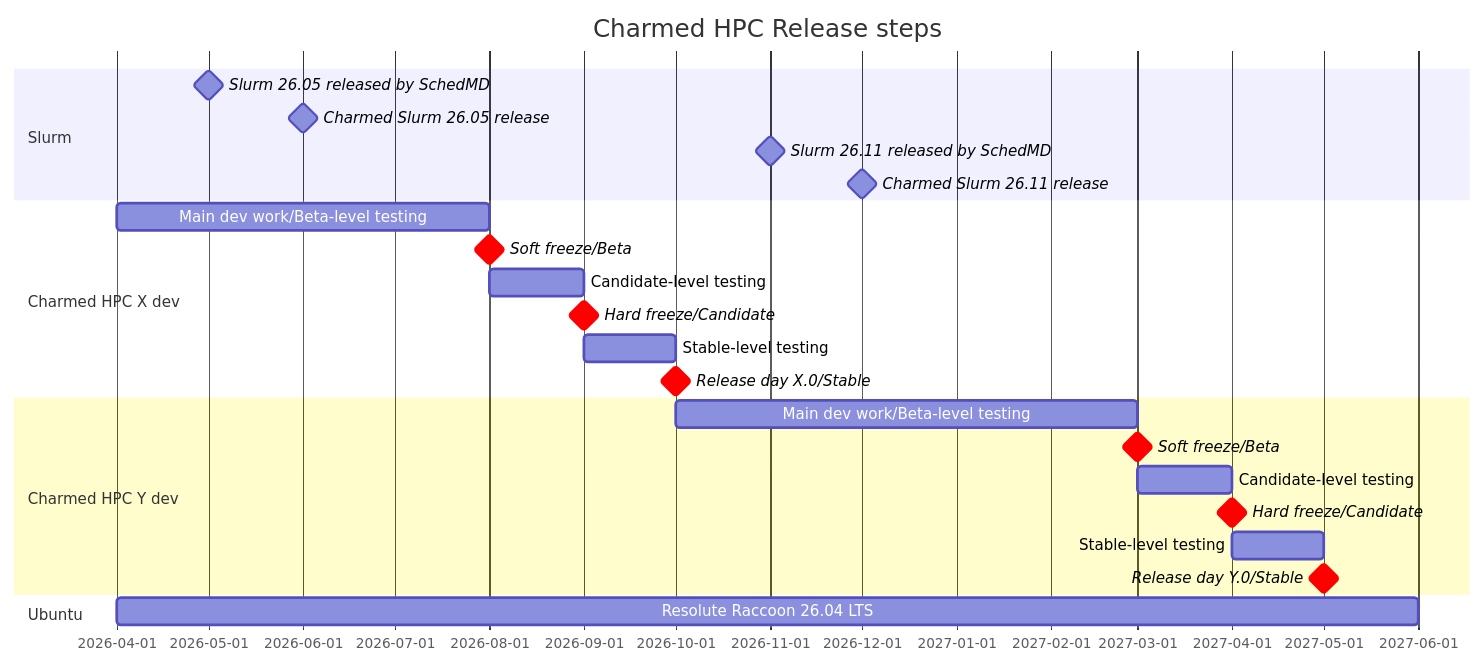
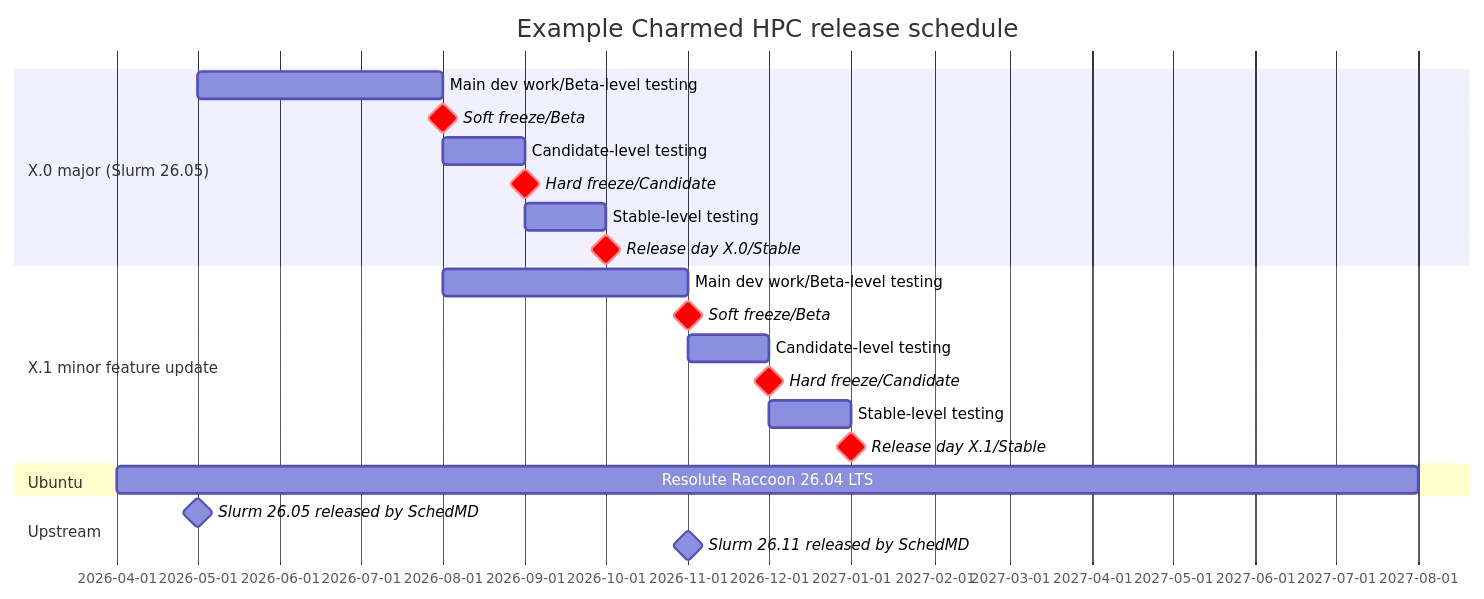
Before and after one commit to AshleyCliff/specs: the diagram in specs/UHPC 012 - Charmed HPC release policy and notes/uhpc-012.md, drawn with Mermaid. The commit also changed other lines of this file and 1 other file, not shown here.

First line of the commit message:
feat(uhpc012): rework release schedule and compatibility scope

````diff
--- a/specs/UHPC 012 - Charmed HPC release policy and notes/uhpc-012.md
+++ b/specs/UHPC 012 - Charmed HPC release policy and notes/uhpc-012.md
@@ -153,28 +132,26 @@
 ```mermaid
-%%{init: {'themeVariables': {'critBorderColor': '#ff0000', 'critBkgColor': '#ff0000'}}}%%
 gantt
-  title Charmed HPC Release steps
+  title Example Charmed HPC release schedule
   dateFormat YYYY-MM
   todayMarker off
-  section Slurm
-        Slurm 26.05 released by SchedMD                         :milestone, a1, 2026-05, 0d
-        Charmed Slurm 26.05 release                             :milestone, 2026-06, 0d
-        Slurm 26.11 released by SchedMD                         :milestone, a2, 2026-11, 0d
-        Charmed Slurm 26.11 release                             :milestone, 2026-12, 0d
-  section Charmed HPC X dev
-        Main dev work/Beta-level testing                        :f1, 2026-04, 2026-08
-        Soft freeze/Beta                                        :crit, milestone, v1, 2026-08, 0d
-        Candidate-level testing                                 :f2, 2026-08, 2026-09
-        Hard freeze/Candidate                                   :crit, milestone, v2, 2026-09, 0d
-        Stable-level testing                                    :f3, 2026-09, 2026-10
-        Release day X.0/Stable                                  :crit, milestone, r1, 2026-10, 0d
-  section Charmed HPC Y dev
-        Main dev work/Beta-level testing                        :f4, 2026-10, 2027-03
-        Soft freeze/Beta                                        :crit, milestone, v3, 2027-03, 0d
-        Candidate-level testing                                 :f5, 2027-03, 2027-04
-        Hard freeze/Candidate                                   :crit, milestone, v4, 2027-04, 0d
-        Stable-level testing                                    :f6, 2027-04, 2027-05
-        Release day Y.0/Stable                                  :crit, milestone, r2, 2027-05, 0d
+
+  section X.0 major (Slurm 26.05)
+      Main dev work/Beta-level testing                        :f1, 2026-05, 2026-08
+      Soft freeze/Beta                                        :crit, milestone, v1, 2026-08, 0d
+      Candidate-level testing                                 :f2, 2026-08, 2026-09
+      Hard freeze/Candidate                                   :crit, milestone, v2, 2026-09, 0d
+      Stable-level testing                                    :f3, 2026-09, 2026-10
+      Release day X.0/Stable                                  :crit, milestone, r1, 2026-10, 0d
+  section X.1 minor feature update
+      Main dev work/Beta-level testing                        :f4, 2026-08, 2026-11
+      Soft freeze/Beta                                        :crit, milestone, v3, 2026-11, 0d
+      Candidate-level testing                                 :f5, 2026-11, 2026-12
+      Hard freeze/Candidate                                   :crit, milestone, v4, 2026-12, 0d
+      Stable-level testing                                    :f6, 2026-12, 2027-01
+      Release day X.1/Stable                                  :crit, milestone, r2, 2027-01, 0d
   section Ubuntu
-        Resolute Raccoon 26.04 LTS                              :2026-04, 2027-06
+      Resolute Raccoon 26.04 LTS                              :2026-04, 2027-08
+  section Upstream
+      Slurm 26.05 released by SchedMD                       :milestone, a1, 2026-05, 0d
+      Slurm 26.11 released by SchedMD                       :milestone, a2, 2026-11, 0d
 ```
````
